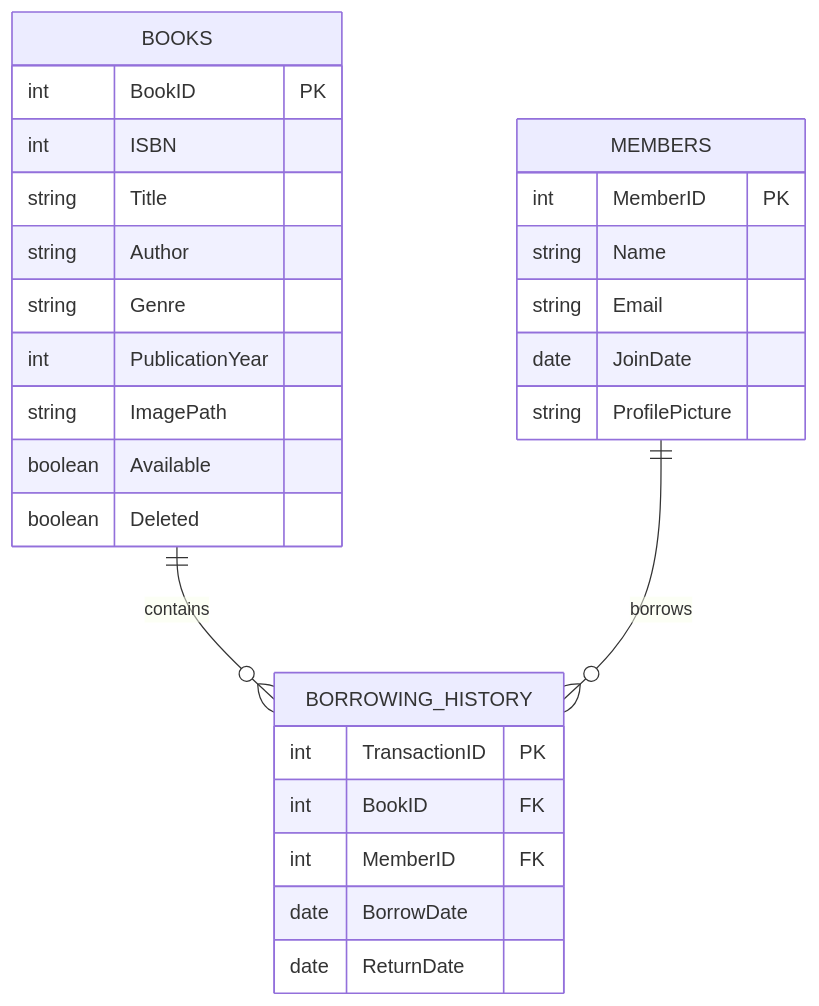
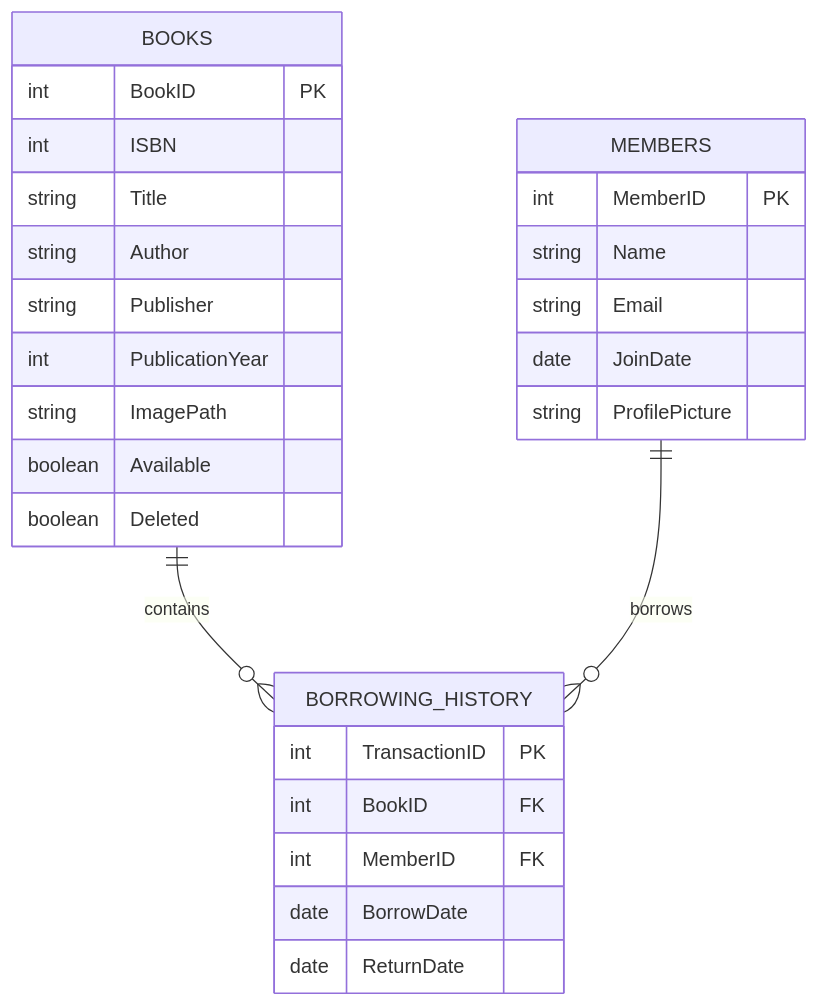
The diagram in README.md (alanmaizon/windhover), drawn with Mermaid before and after one commit. The commit also changed other lines of this file and 3 other files, not shown here.

````diff
--- a/README.md
+++ b/README.md
@@ -25,33 +34,33 @@
 ```mermaid
 erDiagram
     BOOKS {
         int BookID PK
         int ISBN
         string Title
         string Author
-        string Genre
+        string Publisher
         int PublicationYear
         string ImagePath
         boolean Available
         boolean Deleted
     }
 
     MEMBERS {
         int MemberID PK
         string Name
         string Email
         date JoinDate
         string ProfilePicture
     }
 
     BORROWING_HISTORY {
         int TransactionID PK
         int BookID FK
         int MemberID FK
         date BorrowDate
         date ReturnDate
     }
 
     BOOKS ||--o{ BORROWING_HISTORY: contains
     MEMBERS ||--o{ BORROWING_HISTORY: borrows
 ```
````
